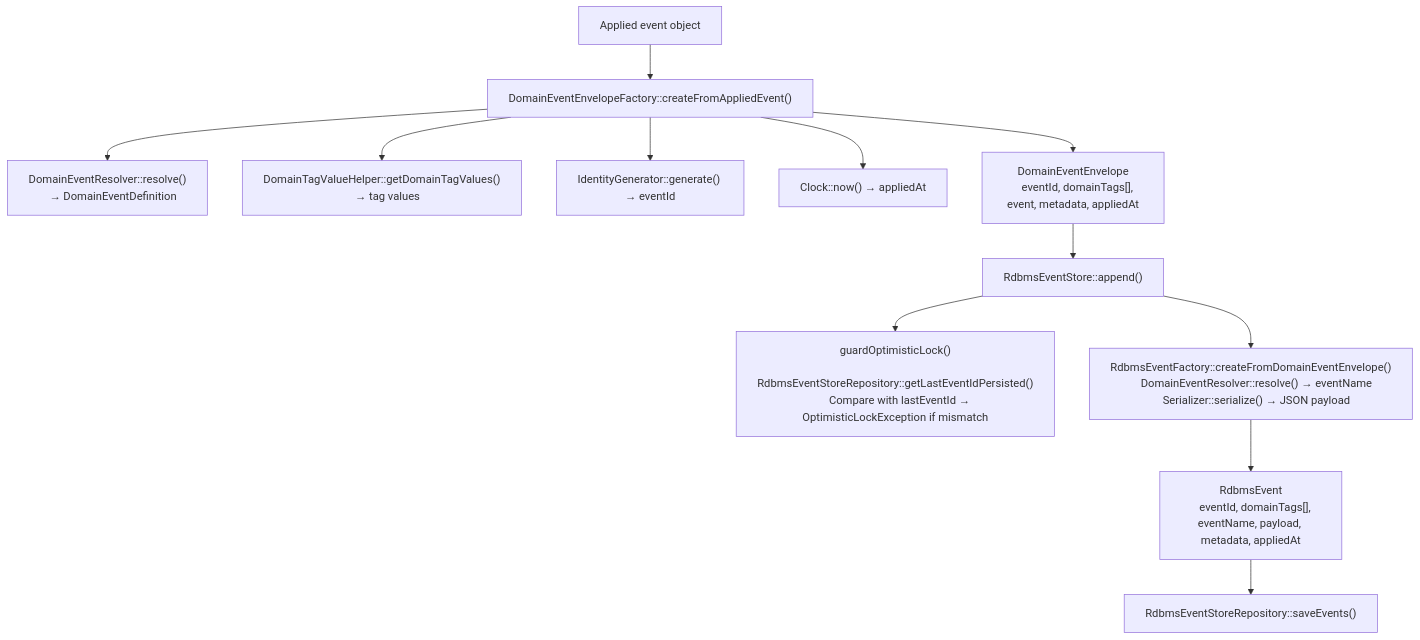
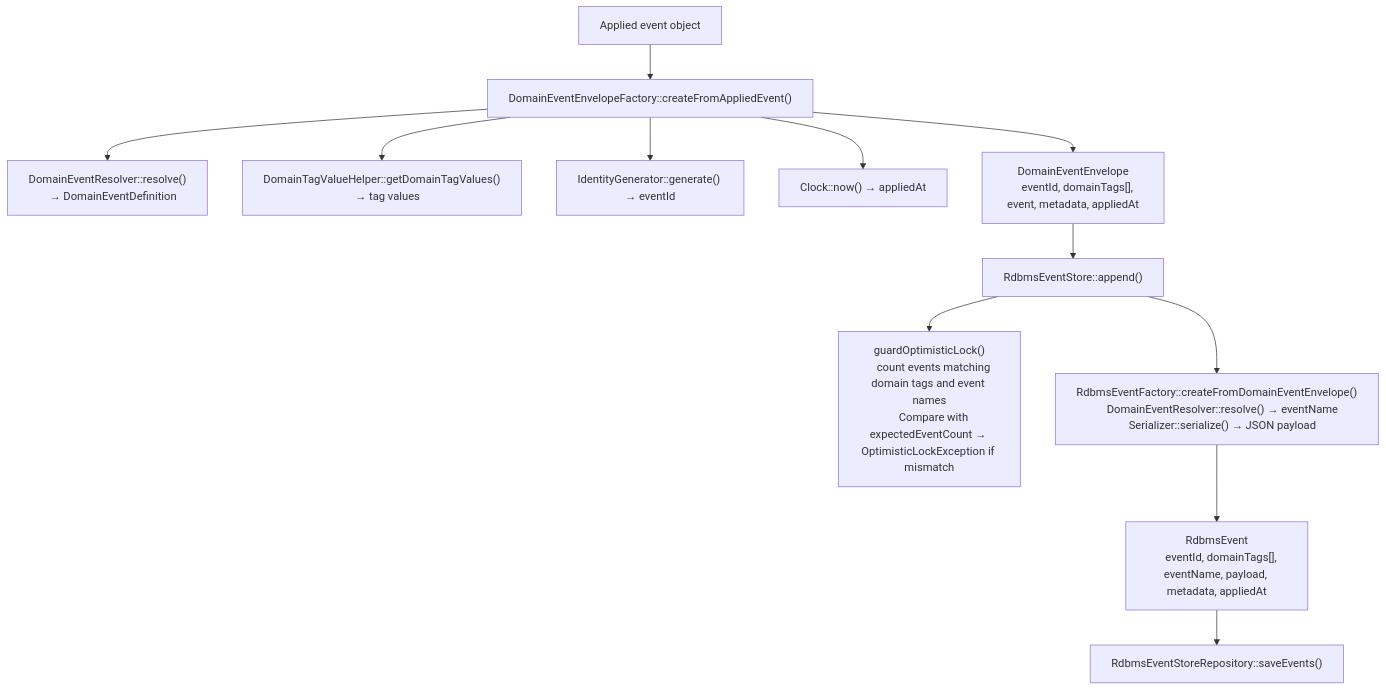
Before and after one commit to GemberPHP/event-sourcing: the third of 5 diagrams in docs/library-architecture.md, drawn with Mermaid. The commit also changed other lines of this file and 3 other files, not shown here.

Commit message:
Document the count-based optimistic lock and snapshot verification

````diff
--- a/docs/library-architecture.md
+++ b/docs/library-architecture.md
@@ -301,34 +301,34 @@
 ```mermaid
 flowchart TD
     event["Applied event object"]
     factory["DomainEventEnvelopeFactory::createFromAppliedEvent()"]
     event --> factory
 
     factory --> resolver["DomainEventResolver::resolve()
     → DomainEventDefinition"]
     factory --> tags["DomainTagValueHelper::getDomainTagValues()
     → tag values"]
     factory --> id["IdentityGenerator::generate() → eventId"]
     factory --> clock["Clock::now() → appliedAt"]
 
     envelope["DomainEventEnvelope
     eventId, domainTags[], event, metadata, appliedAt"]
     factory --> envelope
 
     append["RdbmsEventStore::append()"]
     envelope --> append
 
     append --> lock["guardOptimisticLock()
-    RdbmsEventStoreRepository::getLastEventIdPersisted()
-    Compare with lastEventId → OptimisticLockException if mismatch"]
+    count events matching domain tags and event names
+    Compare with expectedEventCount → OptimisticLockException if mismatch"]
 
     append --> rdbmsFactory["RdbmsEventFactory::createFromDomainEventEnvelope()
     DomainEventResolver::resolve() → eventName
     Serializer::serialize() → JSON payload"]
 
     rdbmsEvent["RdbmsEvent
     eventId, domainTags[], eventName, payload, metadata, appliedAt"]
     rdbmsFactory --> rdbmsEvent
 
     rdbmsEvent --> saveEvents["RdbmsEventStoreRepository::saveEvents()"]
 ```
````
